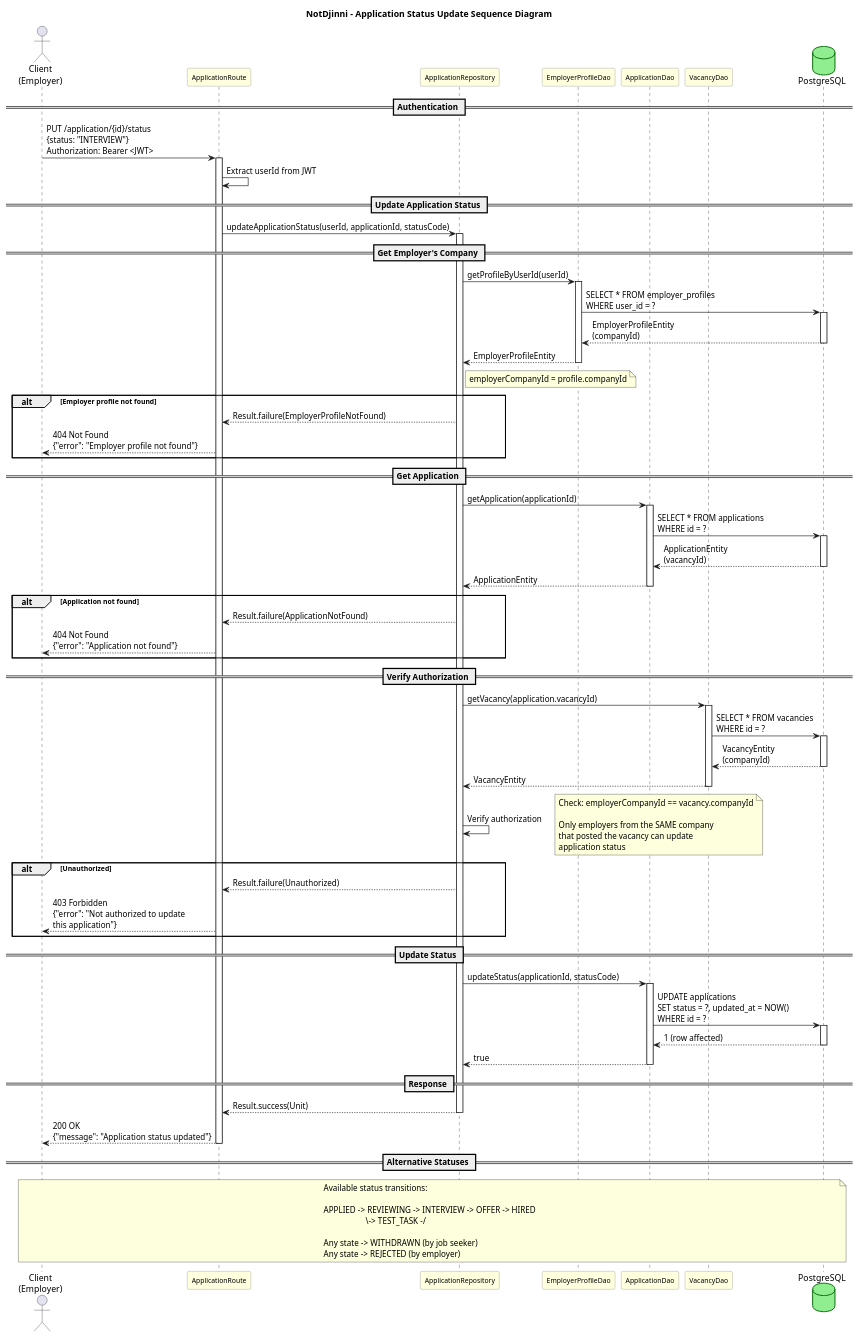
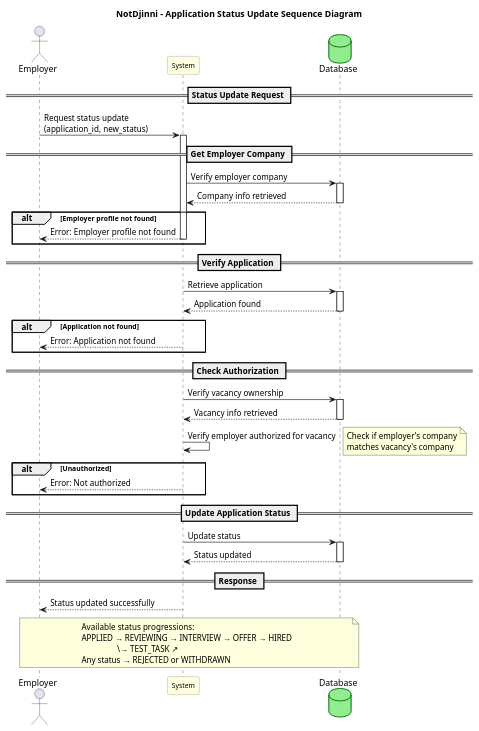
Before and after one commit to hmokryiedu/NotDjinni: the diagram in diagram/consequences/application-review-sequence.puml, drawn with PlantUML. The commit also changed 48 other files, not shown here.

```diff
--- a/diagram/consequences/application-review-sequence.puml
+++ b/diagram/consequences/application-review-sequence.puml
@@ -1,136 +1,83 @@
 @startuml Application Review Sequence
 
 skinparam participant {
     BackgroundColor LightYellow
     BorderColor Gray
     FontSize 11
 }
 
 skinparam database {
     BackgroundColor LightGreen
     BorderColor DarkGreen
 }
 
 title NotDjinni - Application Status Update Sequence Diagram
 
-actor "Client\n(Employer)" as Client
-participant "ApplicationRoute" as AR
-participant "ApplicationRepository" as Repo
-participant "EmployerProfileDao" as EPDao
-participant "ApplicationDao" as ADao
-participant "VacancyDao" as VDao
-database "PostgreSQL" as DB
+actor "Employer" as Employer
+participant "System" as System
+database "Database" as DB
 
-== Authentication ==
+== Status Update Request ==
 
-Client -> AR: PUT /application/{id}/status\n{status: "INTERVIEW"}\nAuthorization: Bearer <JWT>
-activate AR
+Employer -> System: Request status update\n(application_id, new_status)
+activate System
 
-AR -> AR: Extract userId from JWT
+== Get Employer Company ==
+
+System -> DB: Verify employer company
+activate DB
+DB --> System: Company info retrieved
+deactivate DB
+
+alt Employer profile not found
+    System --> Employer: Error: Employer profile not found
+    deactivate System
+end
+
+== Verify Application ==
+
+System -> DB: Retrieve application
+activate DB
+DB --> System: Application found
+deactivate DB
+
+alt Application not found
+    System --> Employer: Error: Application not found
+    deactivate System
+end
+
+== Check Authorization ==
+
+System -> DB: Verify vacancy ownership
+activate DB
+DB --> System: Vacancy info retrieved
+deactivate DB
+
+System -> System: Verify employer authorized for vacancy
+note right: Check if employer's company\nmatches vacancy's company
+
+alt Unauthorized
+    System --> Employer: Error: Not authorized
+    deactivate System
+end
 
 == Update Application Status ==
 
-AR -> Repo: updateApplicationStatus(userId, applicationId, statusCode)
-activate Repo
-
-== Get Employer's Company ==
-
-Repo -> EPDao: getProfileByUserId(userId)
-activate EPDao
-
-EPDao -> DB: SELECT * FROM employer_profiles\nWHERE user_id = ?
+System -> DB: Update status
 activate DB
-DB --> EPDao: EmployerProfileEntity\n(companyId)
+DB --> System: Status updated
 deactivate DB
-
-EPDao --> Repo: EmployerProfileEntity
-deactivate EPDao
-
-note right of Repo
-  employerCompanyId = profile.companyId
-end note
-
-alt Employer profile not found
-    Repo --> AR: Result.failure(EmployerProfileNotFound)
-    AR --> Client: 404 Not Found\n{"error": "Employer profile not found"}
-end
-
-== Get Application ==
-
-Repo -> ADao: getApplication(applicationId)
-activate ADao
-
-ADao -> DB: SELECT * FROM applications\nWHERE id = ?
-activate DB
-DB --> ADao: ApplicationEntity\n(vacancyId)
-deactivate DB
-
-ADao --> Repo: ApplicationEntity
-deactivate ADao
-
-alt Application not found
-    Repo --> AR: Result.failure(ApplicationNotFound)
-    AR --> Client: 404 Not Found\n{"error": "Application not found"}
-end
-
-== Verify Authorization ==
-
-Repo -> VDao: getVacancy(application.vacancyId)
-activate VDao
-
-VDao -> DB: SELECT * FROM vacancies\nWHERE id = ?
-activate DB
-DB --> VDao: VacancyEntity\n(companyId)
-deactivate DB
-
-VDao --> Repo: VacancyEntity
-deactivate VDao
-
-Repo -> Repo: Verify authorization
-note right
-  Check: employerCompanyId == vacancy.companyId
-
-  Only employers from the SAME company
-  that posted the vacancy can update
-  application status
-end note
-
-alt Unauthorized
-    Repo --> AR: Result.failure(Unauthorized)
-    AR --> Client: 403 Forbidden\n{"error": "Not authorized to update\nthis application"}
-end
-
-== Update Status ==
-
-Repo -> ADao: updateStatus(applicationId, statusCode)
-activate ADao
-
-ADao -> DB: UPDATE applications\nSET status = ?, updated_at = NOW()\nWHERE id = ?
-activate DB
-DB --> ADao: 1 (row affected)
-deactivate DB
-
-ADao --> Repo: true
-deactivate ADao
 
 == Response ==
 
-Repo --> AR: Result.success(Unit)
-deactivate Repo
+System --> Employer: Status updated successfully
+deactivate System
 
-AR --> Client: 200 OK\n{"message": "Application status updated"}
-deactivate AR
-
-== Alternative Statuses ==
-
-note over Client, DB
-  Available status transitions:
-
-  APPLIED -> REVIEWING -> INTERVIEW -> OFFER -> HIRED
-                      \-> TEST_TASK -/
-
-  Any state -> WITHDRAWN (by job seeker)
-  Any state -> REJECTED (by employer)
+note over Employer, DB
+  Available status progressions:
+  APPLIED → REVIEWING → INTERVIEW → OFFER → HIRED
+                   \→ TEST_TASK ↗
+  Any status → REJECTED or WITHDRAWN
 end note
 
 @enduml
```
